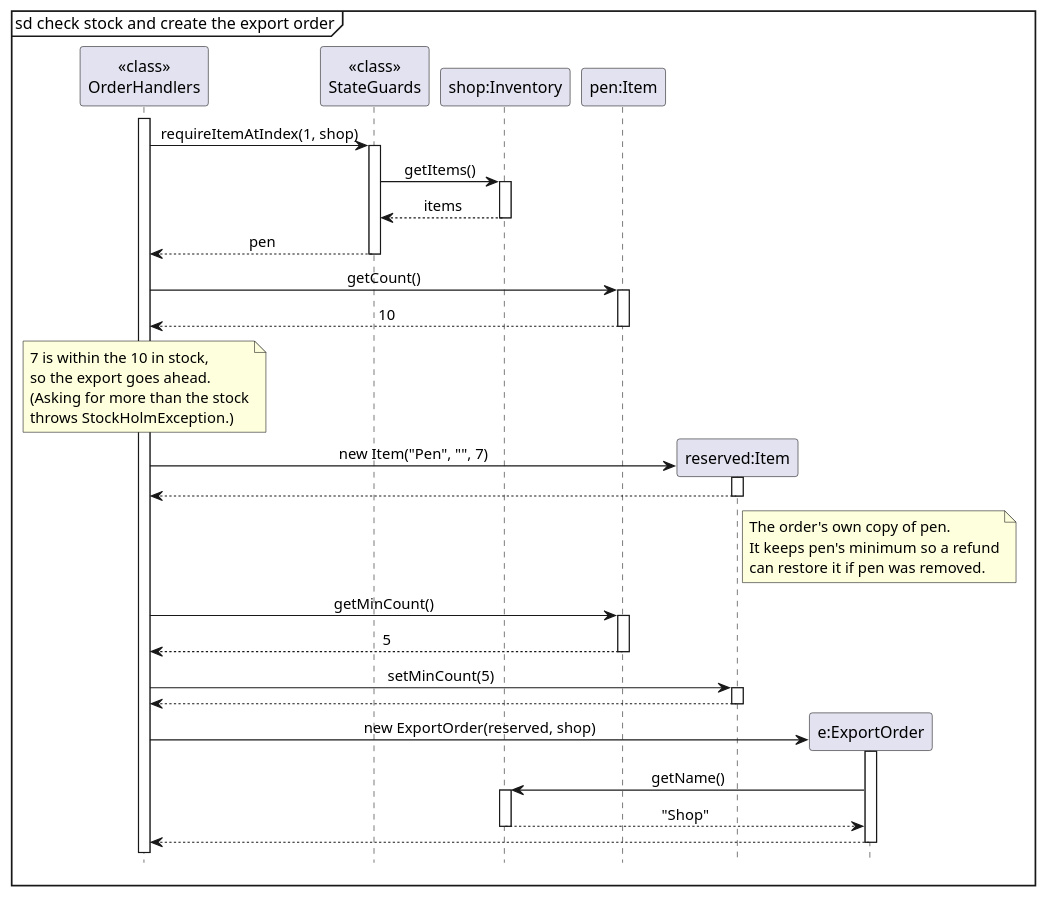
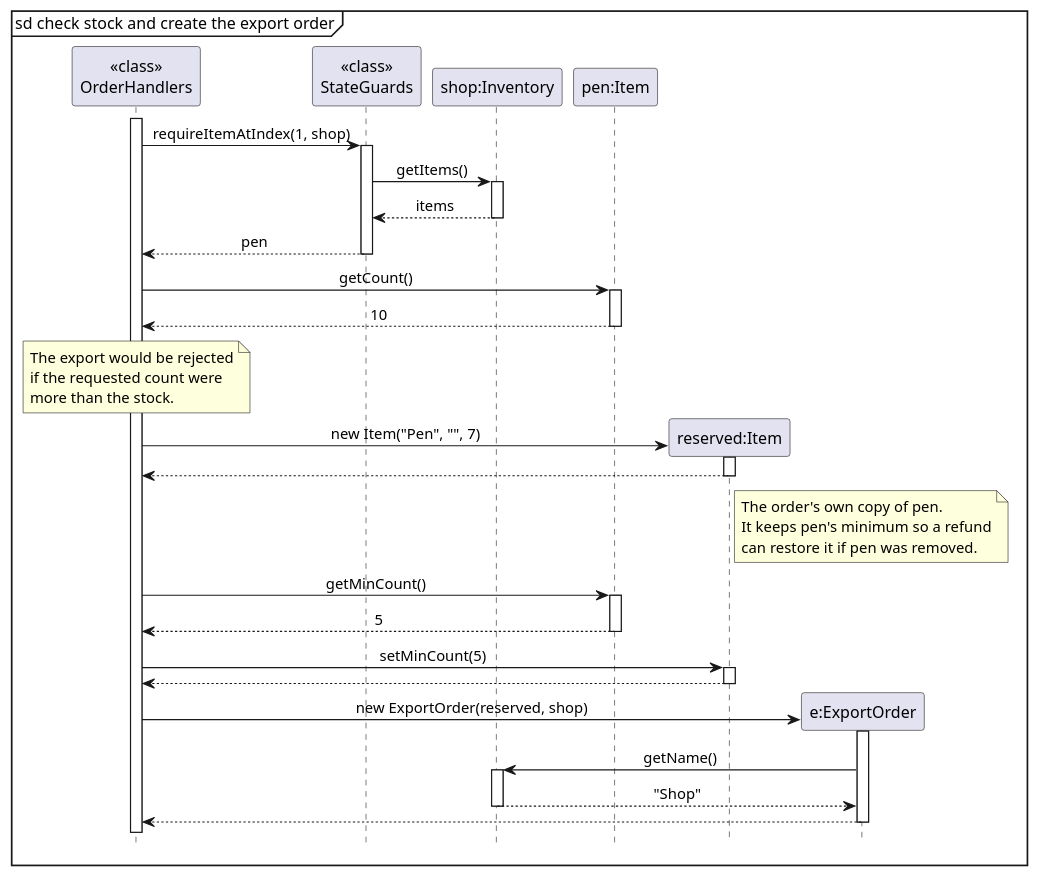
Before and after one commit to AY2627S1-CS2113-W14-4/tp: the diagram in docs/diagrams/ExportReserveSequence.puml, drawn with PlantUML. The commit also changed 1 other file, not shown here.

Commit message:
Clarify stock check and minimum copy in export diagram

```diff
--- a/docs/diagrams/ExportReserveSequence.puml
+++ b/docs/diagrams/ExportReserveSequence.puml
@@ -1,60 +1,59 @@
 @startuml
 hide footbox
 skinparam sequenceMessageAlign center
 mainframe sd check stock and create the export order
 
 participant "<<class>>\nOrderHandlers" as Handlers
 participant "<<class>>\nStateGuards" as Guards
 participant "shop:Inventory" as Inventory
 participant "pen:Item" as Item
 
 activate Handlers
 Handlers -> Guards : requireItemAtIndex(1, shop)
 activate Guards
 Guards -> Inventory : getItems()
 activate Inventory
 Inventory --> Guards : items
 deactivate Inventory
 Guards --> Handlers : pen
 deactivate Guards
 
 Handlers -> Item : getCount()
 activate Item
 Item --> Handlers : 10
 deactivate Item
 note over Handlers
-    7 is within the 10 in stock,
-    so the export goes ahead.
-    (Asking for more than the stock
-    throws StockHolmException.)
+    The export would be rejected
+    if the requested count were
+    more than the stock.
 end note
 
 create participant "reserved:Item" as Reserved
 Handlers -> Reserved : new Item("Pen", "", 7)
 activate Reserved
 Reserved --> Handlers
 deactivate Reserved
 note right of Reserved
     The order's own copy of pen.
     It keeps pen's minimum so a refund
     can restore it if pen was removed.
 end note
 Handlers -> Item : getMinCount()
 activate Item
 Item --> Handlers : 5
 deactivate Item
 Handlers -> Reserved : setMinCount(5)
 activate Reserved
 Reserved --> Handlers
 deactivate Reserved
 
 create participant "e:ExportOrder" as Order
 Handlers -> Order : new ExportOrder(reserved, shop)
 activate Order
 Order -> Inventory : getName()
 activate Inventory
 Inventory --> Order : "Shop"
 deactivate Inventory
 Order --> Handlers
 deactivate Order
 @enduml
```
